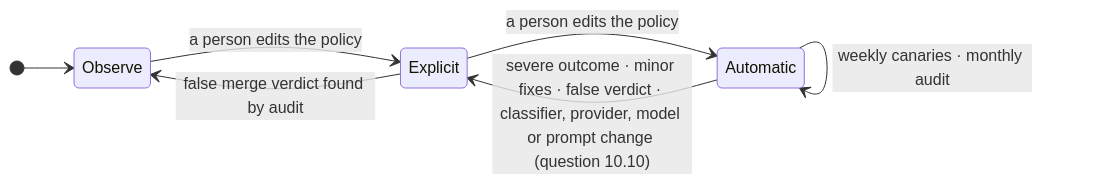
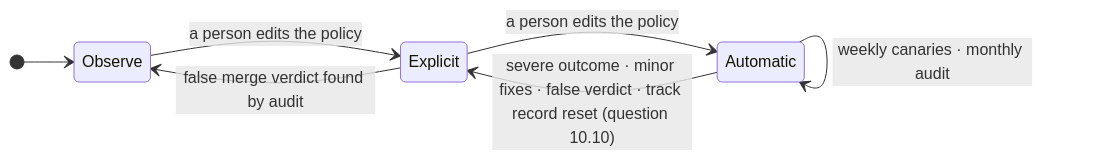
The third of 3 diagrams in docs/proposals/aisdlc-97-architecture-proposal.md (guyoron1/fullsend), drawn with Mermaid before and after one commit. The commit also changed other lines of this file, not shown here.

First line of the commit message:
docs: AISDLC-97 architecture proposal at eight pages

````diff
--- a/docs/proposals/aisdlc-97-architecture-proposal.md
+++ b/docs/proposals/aisdlc-97-architecture-proposal.md
@@ -295,10 +277,10 @@
 ```mermaid
 stateDiagram-v2
   direction LR
   [*] --> Observe
   Observe --> Explicit: a person edits the policy
   Explicit --> Automatic: a person edits the policy
-  Automatic --> Explicit: severe outcome · minor fixes · false verdict · classifier, provider, model or prompt change (question 10.10)
+  Automatic --> Explicit: severe outcome · minor fixes · false verdict · track record reset (question 10.10)
   Explicit --> Observe: false merge verdict found by audit
   Automatic --> Automatic: weekly canaries · monthly audit
 ```
````
